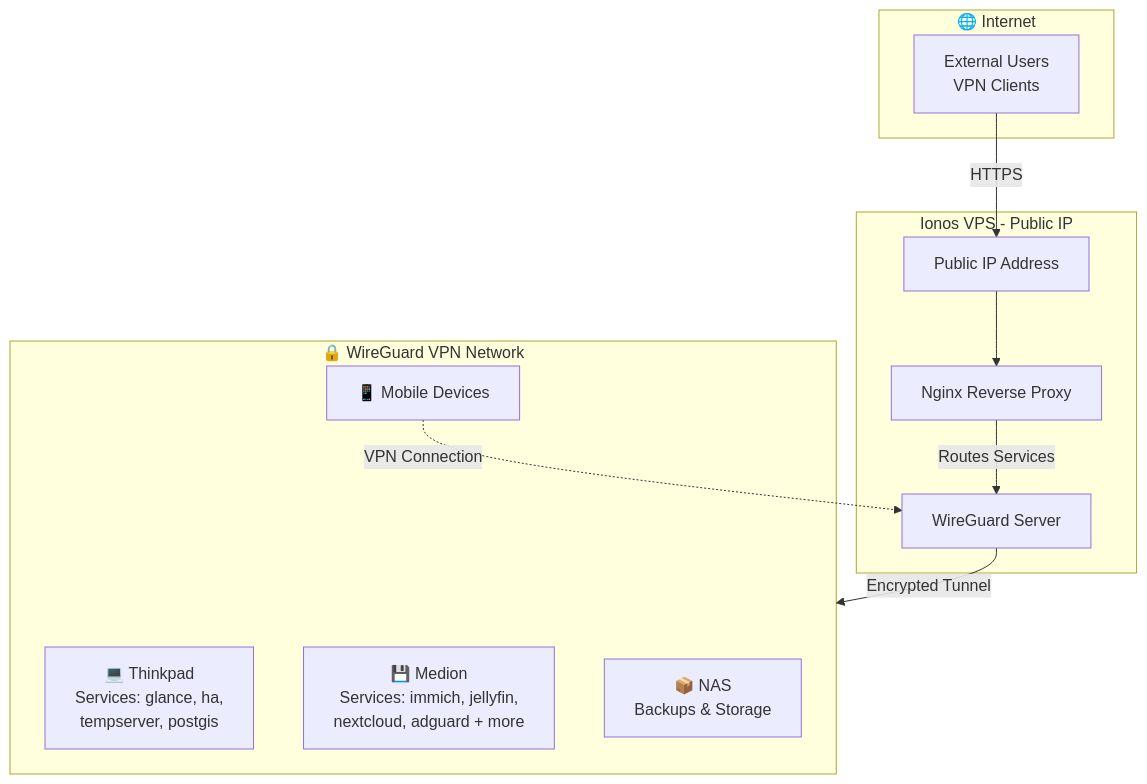
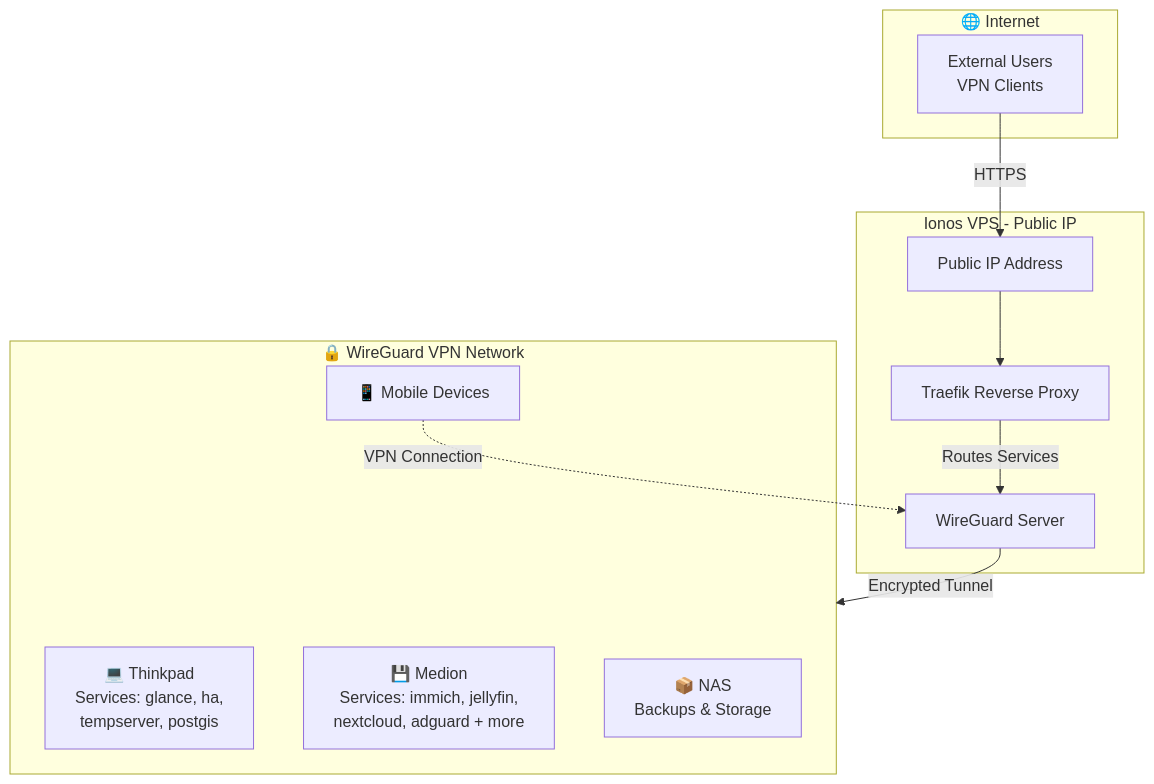
The diagram in README.md (lr101/homelab), drawn with Mermaid before and after one commit. The commit also changed other lines of this file and 39 other files, not shown here.

````diff
--- a/README.md
+++ b/README.md
@@ -93,25 +103,25 @@
 ```mermaid
 graph TB
     subgraph Internet["🌐 Internet"]
         Users["External Users<br/>VPN Clients"]
     end
     
     subgraph Ionos["Ionos VPS - Public IP"]
         PublicIP["Public IP Address"]
         WGServer["WireGuard Server"]
-        NginxProxy["Nginx Reverse Proxy"]
+        TraefikProxy["Traefik Reverse Proxy"]
     end
     
     subgraph VPN["🔒 WireGuard VPN Network"]
         TP["💻 Thinkpad<br/>Services: glance, ha,<br/>tempserver, postgis"]
         MD["💾 Medion<br/>Services: immich, jellyfin,<br/>nextcloud, adguard + more"]
         NAS["📦 NAS<br/>Backups & Storage"]
         Mobile["📱 Mobile Devices"]
     end
     
     Users -->|HTTPS| PublicIP
-    PublicIP --> NginxProxy
-    NginxProxy -->|Routes Services| WGServer
+    PublicIP --> TraefikProxy
+    TraefikProxy -->|Routes Services| WGServer
     WGServer -->|Encrypted Tunnel| VPN
     Mobile -.->|VPN Connection| WGServer
 ```
````
